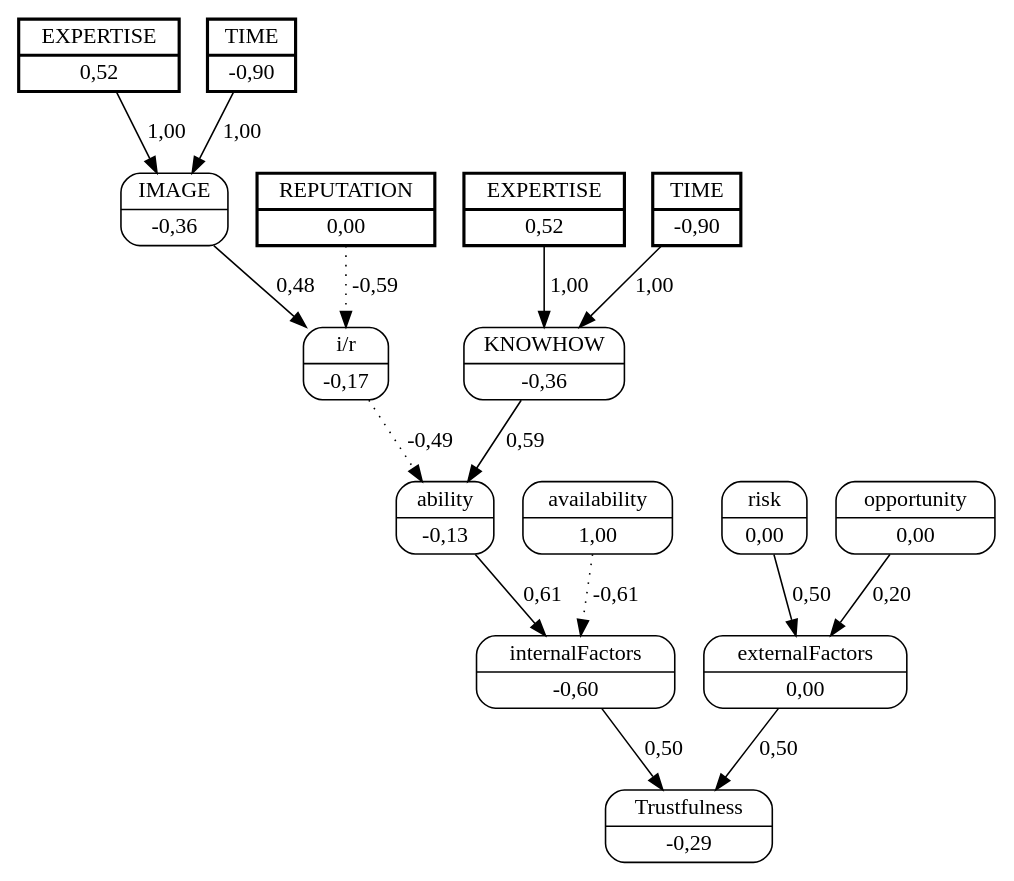
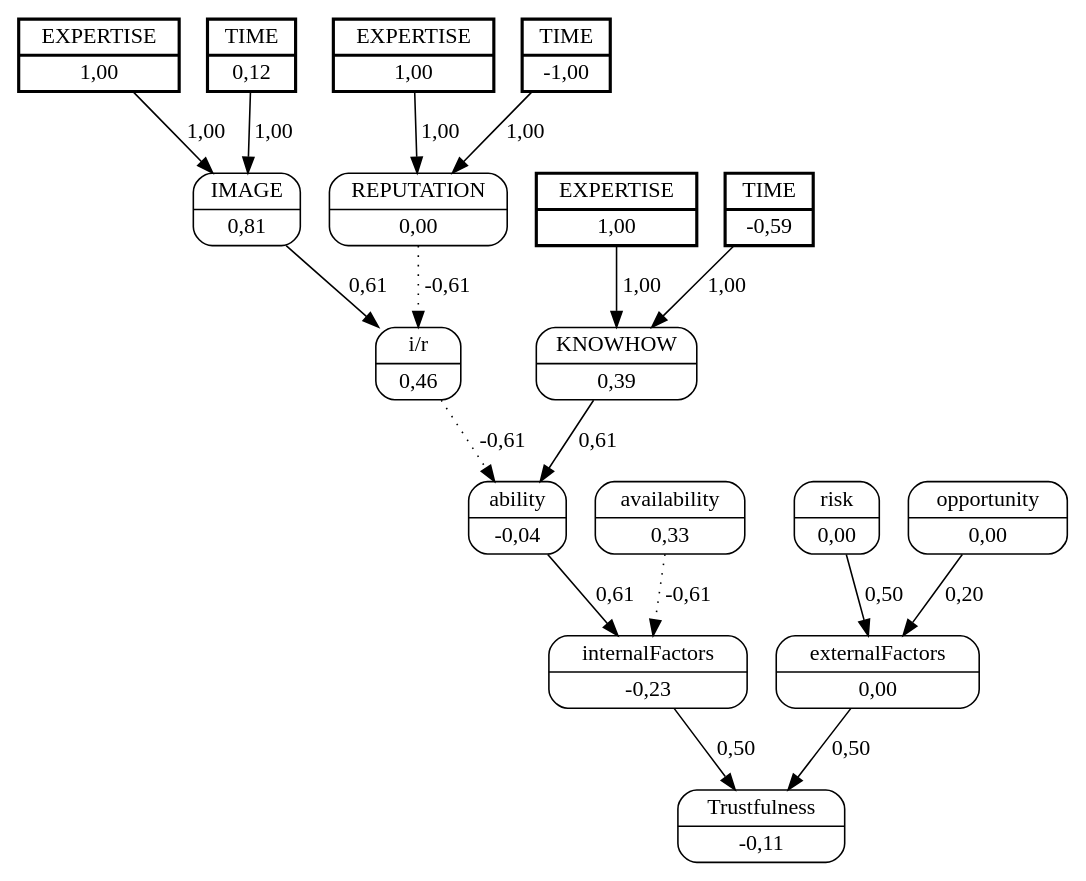
One commit to jjbaqueta/unload_experiment changed the diagram in unload_boxes/dots/worker_1helper_3.dot. Above: the diagram before and after it, drawn with Graphviz. The commit also changed 92 other files, not shown here.

```diff
--- a/unload_boxes/dots/worker_1helper_3.dot
+++ b/unload_boxes/dots/worker_1helper_3.dot
@@ -1,34 +1,38 @@
 digraph FCM_net{
 	node [shape=record, style=rounded]
-	11 [label="{EXPERTISE | 0,52}", style=bold, penwidth=2, peripheries=2];
-	12 [label="{TIME | -0,90}", style=bold, penwidth=2, peripheries=2];
-	1 [label="{REPUTATION | 0,00}", style=bold, penwidth=2, peripheries=2];
-	13 [label="{EXPERTISE | 0,52}", style=bold, penwidth=2, peripheries=2];
-	14 [label="{TIME | -0,90}", style=bold, penwidth=2, peripheries=2];
-	0 [label="{IMAGE | -0,36}"];
+	11 [label="{EXPERTISE | 1,00}", style=bold, penwidth=2, peripheries=2];
+	12 [label="{TIME | 0,12}", style=bold, penwidth=2, peripheries=2];
+	13 [label="{EXPERTISE | 1,00}", style=bold, penwidth=2, peripheries=2];
+	14 [label="{TIME | -1,00}", style=bold, penwidth=2, peripheries=2];
+	15 [label="{EXPERTISE | 1,00}", style=bold, penwidth=2, peripheries=2];
+	16 [label="{TIME | -0,59}", style=bold, penwidth=2, peripheries=2];
+	0 [label="{IMAGE | 0,81}"];
 	1 [label="{REPUTATION | 0,00}"];
-	2 [label="{KNOWHOW | -0,36}"];
-	3 [label="{i/r | -0,17}"];
-	4 [label="{ability | -0,13}"];
-	5 [label="{availability | 1,00}"];
-	6 [label="{internalFactors | -0,60}"];
+	2 [label="{KNOWHOW | 0,39}"];
+	3 [label="{i/r | 0,46}"];
+	4 [label="{ability | -0,04}"];
+	5 [label="{availability | 0,33}"];
+	6 [label="{internalFactors | -0,23}"];
 	7 [label="{risk | 0,00}"];
 	8 [label="{opportunity | 0,00}"];
 	9 [label="{externalFactors | 0,00}"];
-	10 [label="{Trustfulness | -0,29}"];
-	11 [label="{EXPERTISE | 0,52}"];
-	0 -> 3 [label = "0,48"];
-	1 -> 3 [label = "-0,59", style=dotted];
-	3 -> 4 [label = "-0,49", style=dotted];
-	2 -> 4 [label = "0,59"];
+	10 [label="{Trustfulness | -0,11}"];
+	11 [label="{EXPERTISE | 1,00}"];
+	13 [label="{EXPERTISE | 1,00}"];
+	0 -> 3 [label = "0,61"];
+	1 -> 3 [label = "-0,61", style=dotted];
+	3 -> 4 [label = "-0,61", style=dotted];
+	2 -> 4 [label = "0,61"];
 	4 -> 6 [label = "0,61"];
 	5 -> 6 [label = "-0,61", style=dotted];
 	6 -> 10 [label = "0,50"];
 	7 -> 9 [label = "0,50"];
 	8 -> 9 [label = "0,20"];
 	9 -> 10 [label = "0,50"];
 	11 -> 0 [label = "1,00"];
 	12 -> 0 [label = "1,00"];
-	13 -> 2 [label = "1,00"];
-	14 -> 2 [label = "1,00"];
+	13 -> 1 [label = "1,00"];
+	14 -> 1 [label = "1,00"];
+	15 -> 2 [label = "1,00"];
+	16 -> 2 [label = "1,00"];
 }
```
